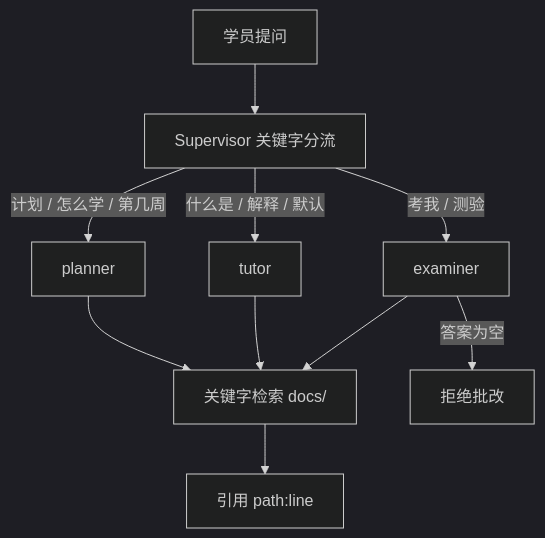
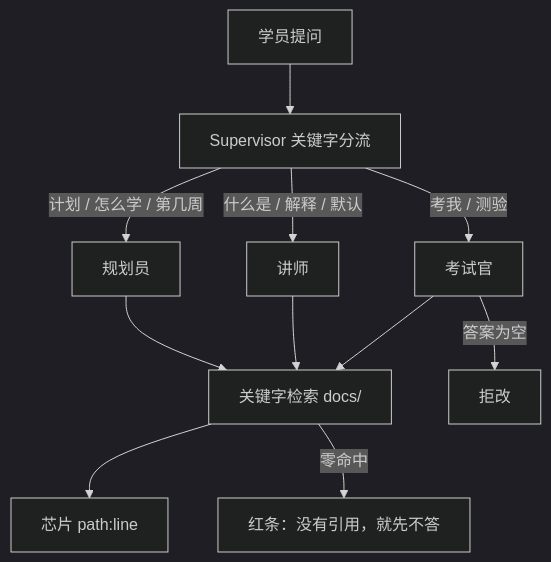
One commit to SabreKeyZ/agent-xuetang changed the diagram in projects/askhall/README.md. Above: the diagram before and after it, drawn with Mermaid (dark theme). The commit also changed other lines of this file and 24 other files, not shown here.

````diff
--- a/projects/askhall/README.md
+++ b/projects/askhall/README.md
@@ -35,12 +52,13 @@
 ```mermaid
 flowchart TB
   U[学员提问] --> S[Supervisor 关键字分流]
-  S -->|计划 / 怎么学 / 第几周| P[planner]
-  S -->|什么是 / 解释 / 默认| T[tutor]
-  S -->|考我 / 测验| E[examiner]
+  S -->|计划 / 怎么学 / 第几周| P[规划员]
+  S -->|什么是 / 解释 / 默认| T[讲师]
+  S -->|考我 / 测验| E[考试官]
   P --> R[关键字检索 docs/]
   T --> R
   E --> R
-  R --> C[引用 path:line]
-  E -->|答案为空| X[拒绝批改]
+  R --> C[芯片 path:line]
+  R -->|零命中| X[红条：没有引用，就先不答]
+  E -->|答案为空| X2[拒改]
 ```
````
